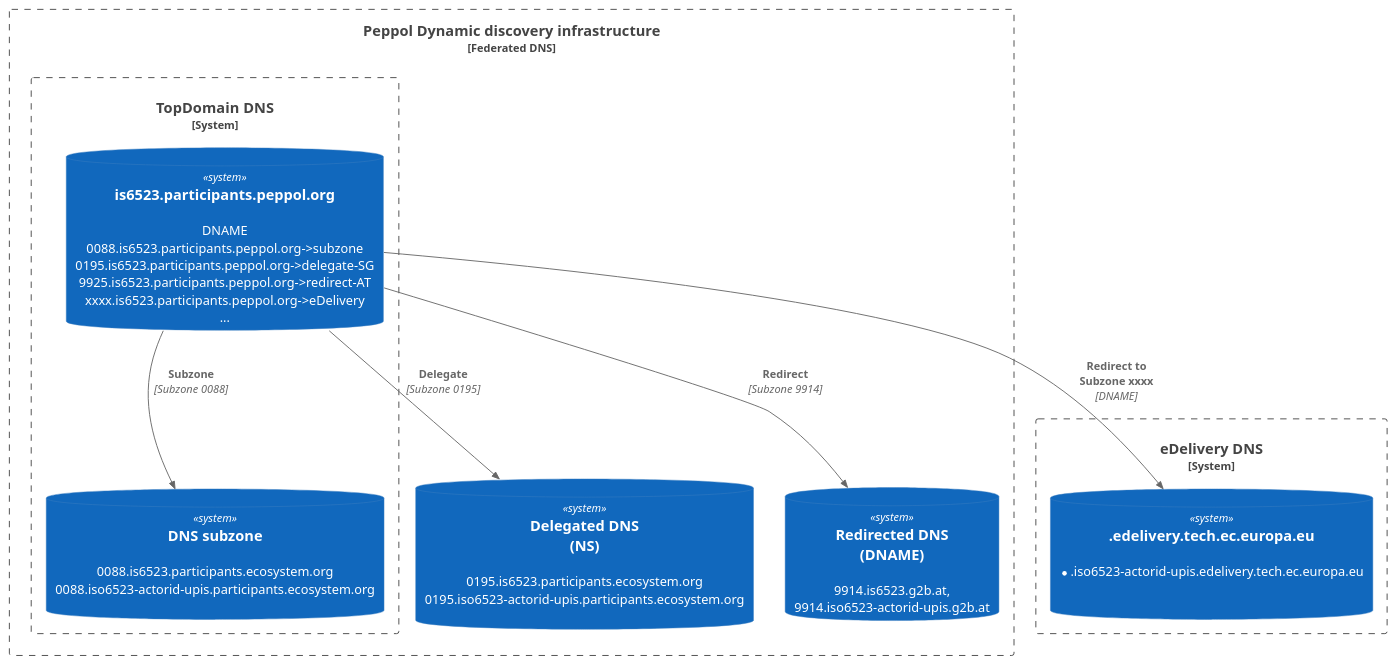
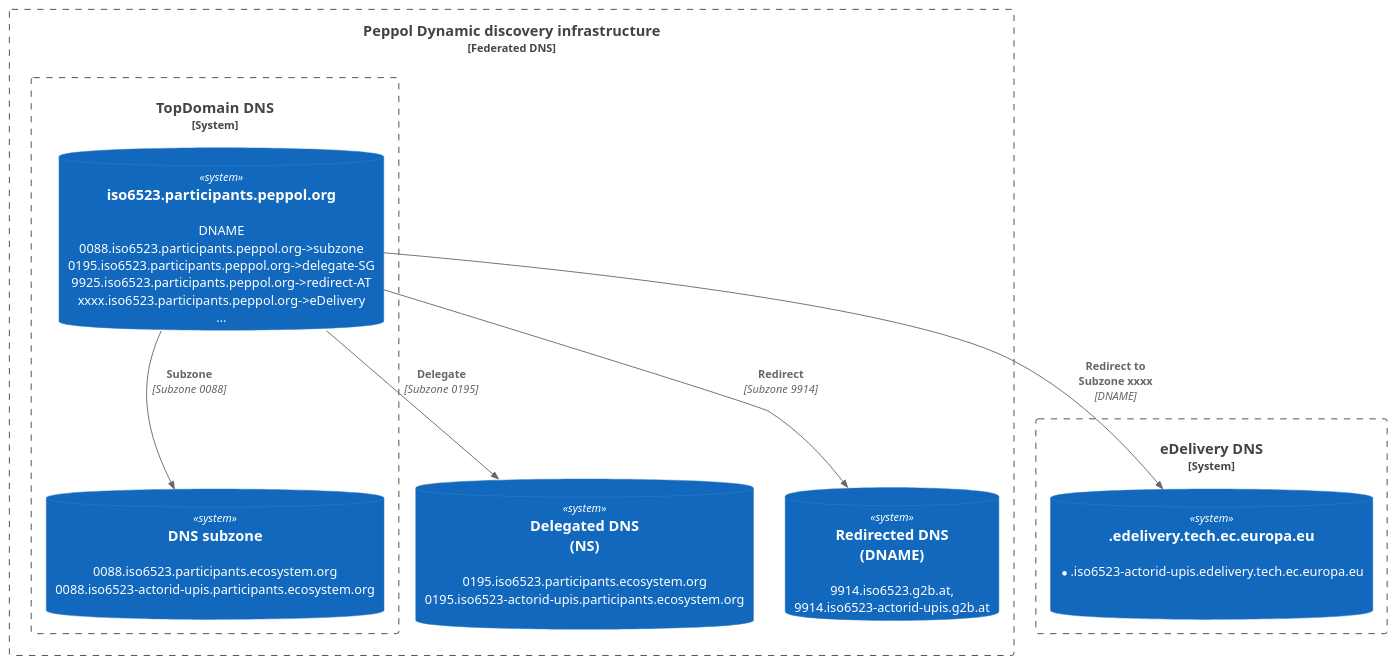
One commit to ec-edelivery/dynamic-discovery-federated-infrastructure changed the diagram in images/dynamic-discovery-infrastructure-transition-02.puml. Above: the diagram before and after it, drawn with PlantUML. The commit also changed 9 other files, not shown here.

```diff
--- a/images/dynamic-discovery-infrastructure-transition-02.puml
+++ b/images/dynamic-discovery-infrastructure-transition-02.puml
@@ -1,30 +1,30 @@
 @startuml Basic Sample
 !include https://raw.githubusercontent.com/plantuml-stdlib/C4-PlantUML/master/C4_Container.puml
 
 
 System_Boundary(c1, "eDelivery DNS") {
         SystemDb(eDeliveryDNS, ".edelivery.tech.ec.europa.eu", "*.iso6523-actorid-upis.edelivery.tech.ec.europa.eu\n\n")
 }
 
 
 Boundary(ecosystemSMLService, "Peppol Dynamic discovery infrastructure", "Federated DNS") {
 
  System_Boundary(c2, "TopDomain DNS") {
-        SystemDb(PeppolDNS, "is6523.participants.peppol.org", "DNAME\n0088.is6523.participants.peppol.org->subzone\n0195.is6523.participants.peppol.org->delegate-SG\n9925.is6523.participants.peppol.org->redirect-AT\nxxxx.is6523.participants.peppol.org->eDelivery\n...")
-        SystemDb(ecosystemDNSSubzone, "DNS subzone", "0088.is6523.participants.ecosystem.org\n0088.iso6523-actorid-upis.participants.ecosystem.org\n")
+        SystemDb(PeppolDNS, "iso6523.participants.peppol.org", "DNAME\n0088.iso6523.participants.peppol.org->subzone\n0195.iso6523.participants.peppol.org->delegate-SG\n9925.iso6523.participants.peppol.org->redirect-AT\nxxxx.iso6523.participants.peppol.org->eDelivery\n...")
+        SystemDb(ecosystemDNSSubzone, "DNS subzone", "0088.iso6523.participants.ecosystem.org\n0088.iso6523-actorid-upis.participants.ecosystem.org\n")
     }
-    SystemDb(delegatedDNS, "Delegated DNS\n(NS)", "0195.is6523.participants.ecosystem.org\n0195.iso6523-actorid-upis.participants.ecosystem.org\n")
-    SystemDb(redirectedDNS, "Redirected DNS\n(DNAME)", "9914.is6523.g2b.at,\n9914.iso6523-actorid-upis.g2b.at")
+    SystemDb(delegatedDNS, "Delegated DNS\n(NS)", "0195.iso6523.participants.ecosystem.org\n0195.iso6523-actorid-upis.participants.ecosystem.org\n")
+    SystemDb(redirectedDNS, "Redirected DNS\n(DNAME)", "9914.iso6523.g2b.at,\n9914.iso6523-actorid-upis.g2b.at")
 
     Rel(PeppolDNS, ecosystemDNSSubzone, "Subzone", "Subzone 0088")
     Rel(PeppolDNS, delegatedDNS, "Delegate", "Subzone 0195")
     Rel(PeppolDNS, redirectedDNS, "Redirect", "Subzone 9914")
     Lay_D(PeppolDNS, delegatedDNS)
     Lay_D(PeppolDNS, redirectedDNS)
 }
 
 
 
 
 Rel(PeppolDNS, eDeliveryDNS, "Redirect to\nSubzone xxxx", "DNAME")
 @enduml
```
